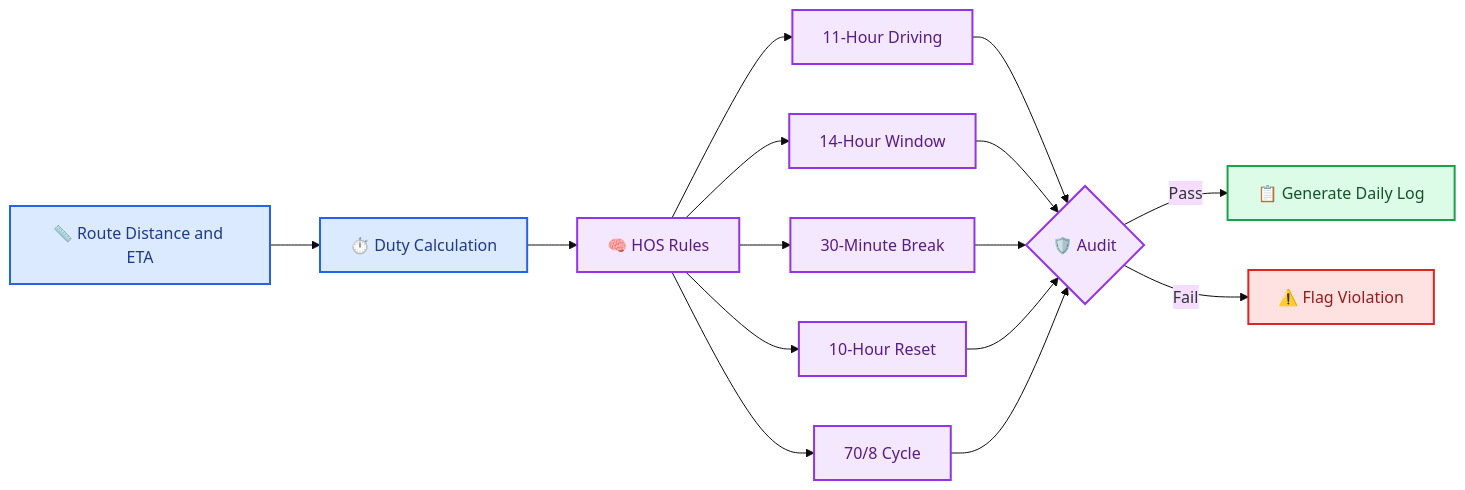
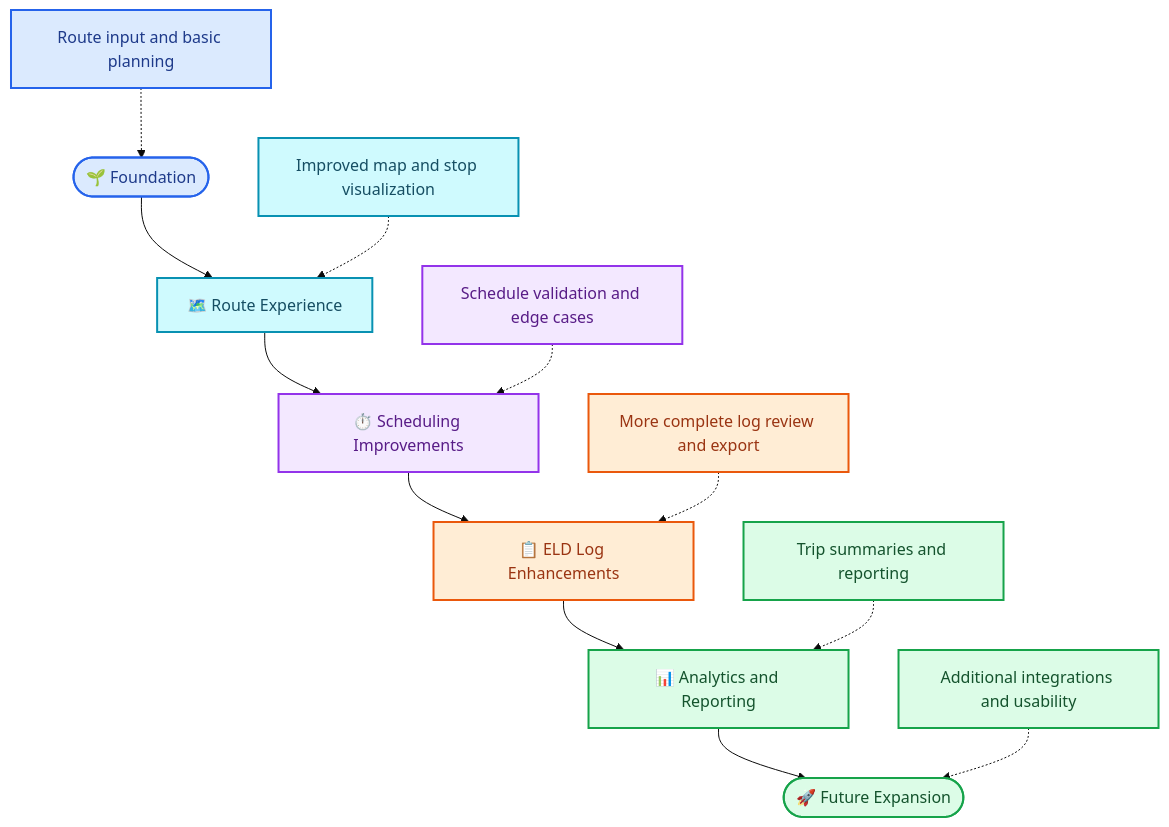
The fourth of 4 diagrams in README.md (dhanushgopi2456/hos-route-planner), drawn with Mermaid (base theme) before and after one commit. The commit also changed other lines of this file, not shown here.

````diff
--- a/README.md
+++ b/README.md
@@ -101,30 +406,27 @@
 ```mermaid
-flowchart LR
-    A["📏 Route Distance and ETA"] --> B["⏱️ Duty Calculation"]
-    B --> C["🧠 HOS Rules"]
+flowchart TD
+    A(["🌱 Foundation"]) --> B["🗺️ Route Experience"]
+    B --> C["⏱️ Scheduling Improvements"]
+    C --> D["📋 ELD Log Enhancements"]
+    D --> E["📊 Analytics and Reporting"]
+    E --> F(["🚀 Future Expansion"])
 
-    C --> D["11-Hour Driving"]
-    C --> E["14-Hour Window"]
-    C --> F["30-Minute Break"]
-    C --> G["10-Hour Reset"]
-    C --> H["70/8 Cycle"]
+    A1["Route input and basic planning"] -.-> A
+    B1["Improved map and stop visualization"] -.-> B
+    C1["Schedule validation and edge cases"] -.-> C
+    D1["More complete log review and export"] -.-> D
+    E1["Trip summaries and reporting"] -.-> E
+    F1["Additional integrations and usability"] -.-> F
 
-    D --> I{"🛡️ Audit"}
-    E --> I
-    F --> I
-    G --> I
-    H --> I
+    classDef foundation fill:#DBEAFE,stroke:#2563EB,color:#1E3A8A,stroke-width:2px
+    classDef routing fill:#CFFAFE,stroke:#0891B2,color:#164E63,stroke-width:2px
+    classDef scheduling fill:#F3E8FF,stroke:#9333EA,color:#581C87,stroke-width:2px
+    classDef logs fill:#FFEDD5,stroke:#EA580C,color:#9A3412,stroke-width:2px
+    classDef analytics fill:#DCFCE7,stroke:#16A34A,color:#14532D,stroke-width:2px
 
-    I -->|Pass| J["📋 Generate Daily Log"]
-    I -->|Fail| K["⚠️ Flag Violation"]
-
-    classDef start fill:#DBEAFE,stroke:#2563EB,color:#1E3A8A,stroke-width:2px
-    classDef rules fill:#F3E8FF,stroke:#9333EA,color:#581C87,stroke-width:2px
-    classDef pass fill:#DCFCE7,stroke:#16A34A,color:#14532D,stroke-width:2px
-    classDef fail fill:#FEE2E2,stroke:#DC2626,color:#991B1B,stroke-width:2px
-
-    class A,B start
-    class C,D,E,F,G,H,I rules
-    class J pass
-    class K fail
+    class A,A1 foundation
+    class B,B1 routing
+    class C,C1 scheduling
+    class D,D1 logs
+    class E,E1,F,F1 analytics
 ```
````
